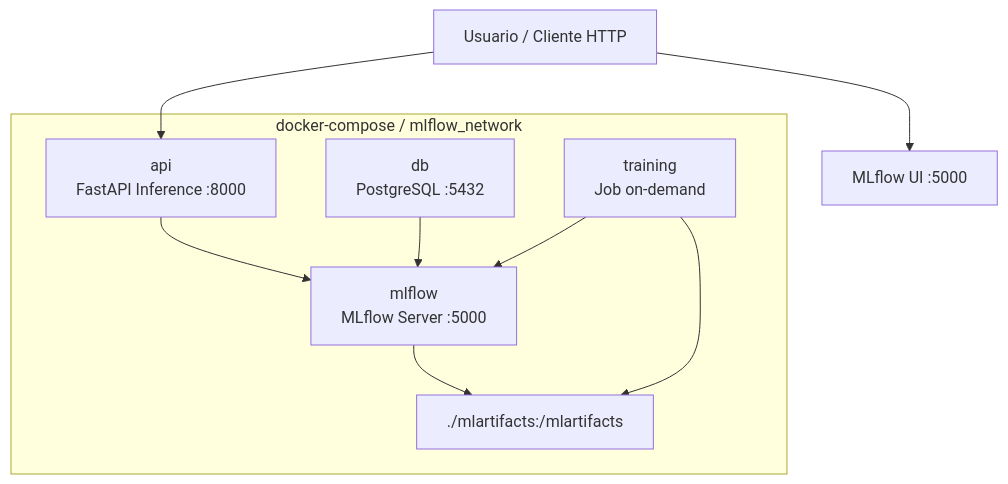
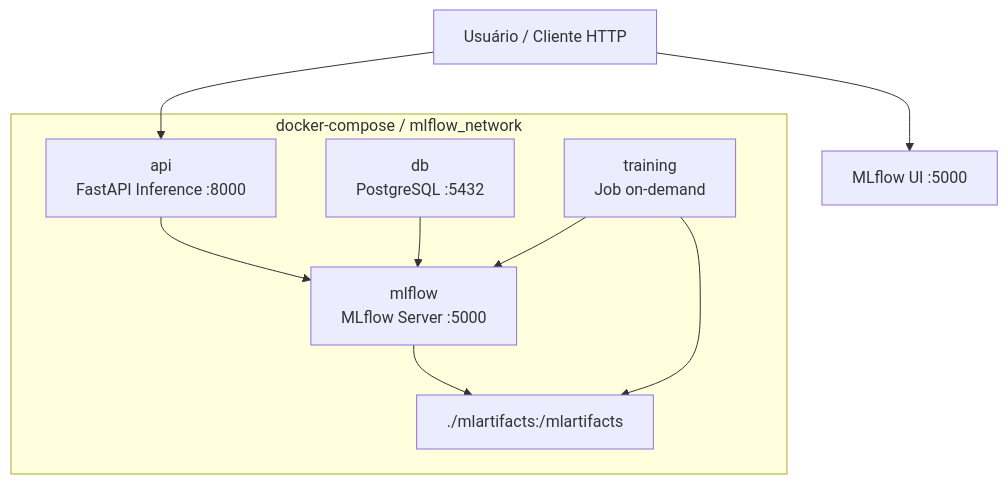
Before and after one commit to GusdPaula/MLENG_FIAP: the first of 2 diagrams in fase_1/tech_challenge/docs/ARQUITETURA_DOCKER.md, drawn with Mermaid. The commit also changed other lines of this file and 24 other files, not shown here.

````diff
--- a/fase_1/tech_challenge/docs/ARQUITETURA_DOCKER.md
+++ b/fase_1/tech_challenge/docs/ARQUITETURA_DOCKER.md
@@ -14,19 +14,19 @@
 ```mermaid
 flowchart TB
-    USER["Usuario / Cliente HTTP"] --> API["FastAPI API :8000"]
+    USER["Usuário / Cliente HTTP"] --> API["FastAPI API :8000"]
     USER --> MLFLOWUI["MLflow UI :5000"]
 
     subgraph COMPOSE["docker-compose / mlflow_network"]
         DB["db<br/>PostgreSQL :5432"]
         MLFLOW["mlflow<br/>MLflow Server :5000"]
         API["api<br/>FastAPI Inference :8000"]
         TRAIN["training<br/>Job on-demand"]
         ART["./mlartifacts:/mlartifacts"]
     end
 
     DB --> MLFLOW
     TRAIN --> MLFLOW
     TRAIN --> ART
     API --> MLFLOW
     MLFLOW --> ART
 ```
````
